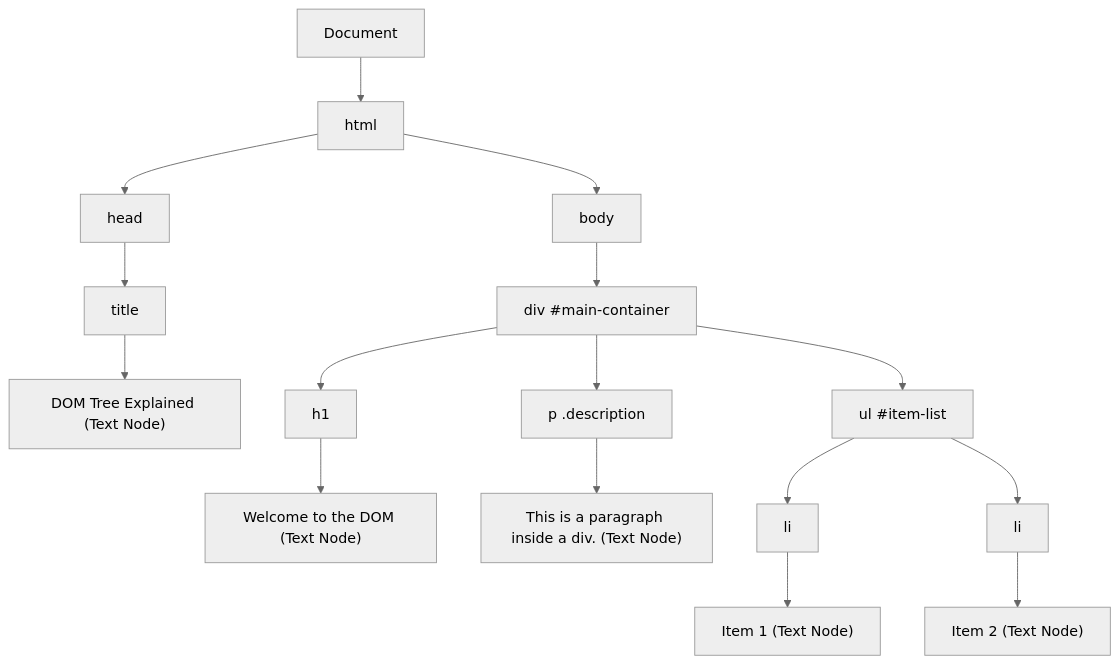
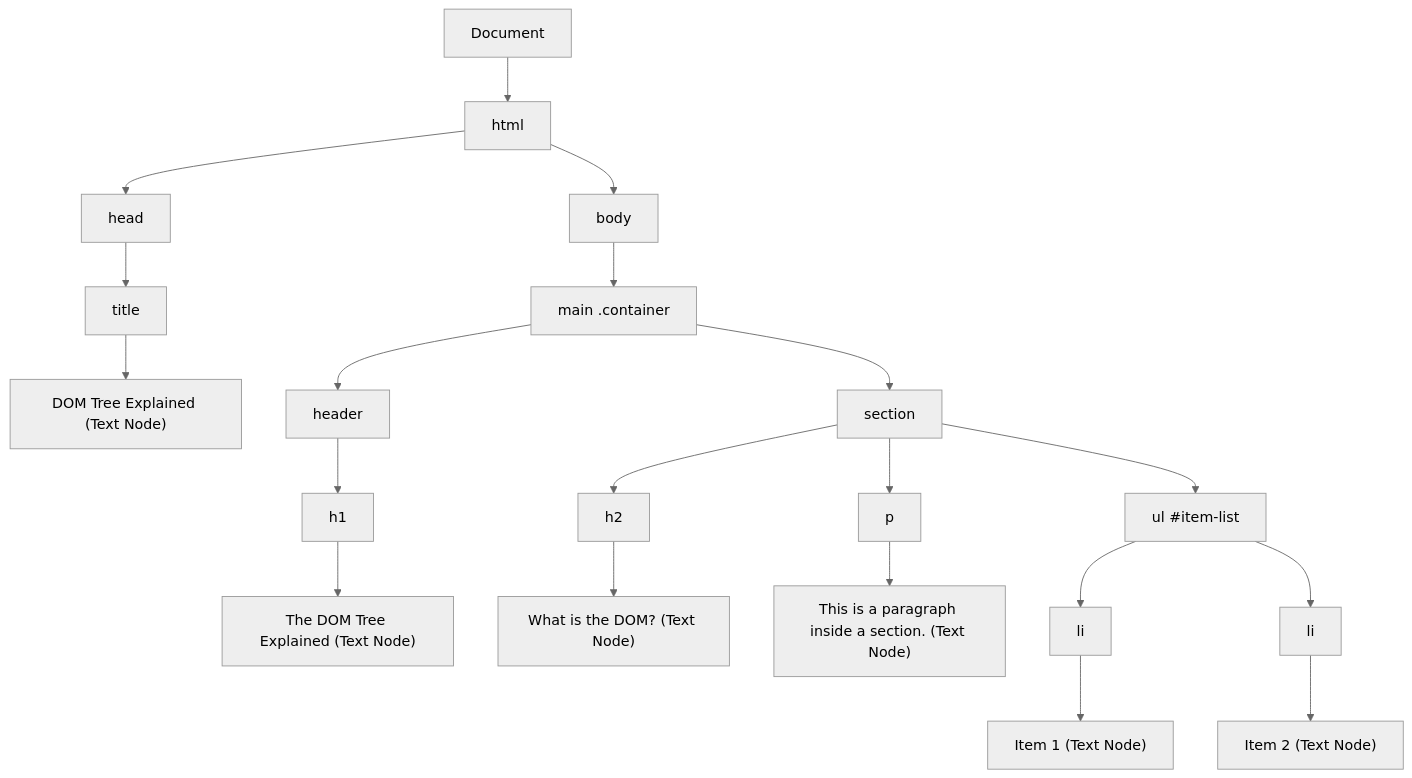
One commit to moideen-mashad/Document-Object-Model-Basics changed the diagram in README.md. Above: the diagram before and after it, drawn with Mermaid (neutral theme). The commit also changed other lines of this file and 3 other files, not shown here.

````diff
--- a/README.md
+++ b/README.md
@@ -44,25 +61,31 @@
 ```mermaid
 graph TD
     Document[Document] --> HTML[html]
     HTML --> Head[head]
     HTML --> Body[body]
     
     Head --> Title[title]
     Title --> TitleText["DOM Tree Explained (Text Node)"]
     
-    Body --> Div[div #main-container]
+    Body --> Main[main .container]
     
-    Div --> H1[h1]
-    H1 --> H1Text["Welcome to the DOM (Text Node)"]
+    Main --> Header[header]
+    Header --> H1[h1]
+    H1 --> H1Text["The DOM Tree Explained (Text Node)"]
     
-    Div --> P[p .description]
-    P --> PText["This is a paragraph inside a div. (Text Node)"]
+    Main --> Section[section]
     
-    Div --> Ul[ul #item-list]
+    Section --> H2[h2]
+    H2 --> H2Text["What is the DOM? (Text Node)"]
+    
+    Section --> P[p]
+    P --> PText["This is a paragraph inside a section. (Text Node)"]
+    
+    Section --> Ul[ul #item-list]
     
     Ul --> Li1[li]
     Li1 --> Li1Text["Item 1 (Text Node)"]
     
     Ul --> Li2[li]
     Li2 --> Li2Text["Item 2 (Text Node)"]
 ```
````
